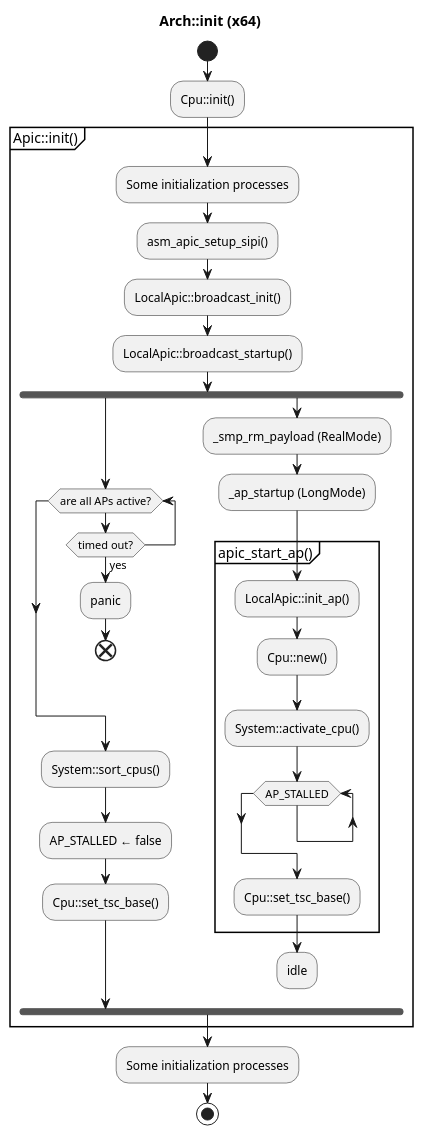
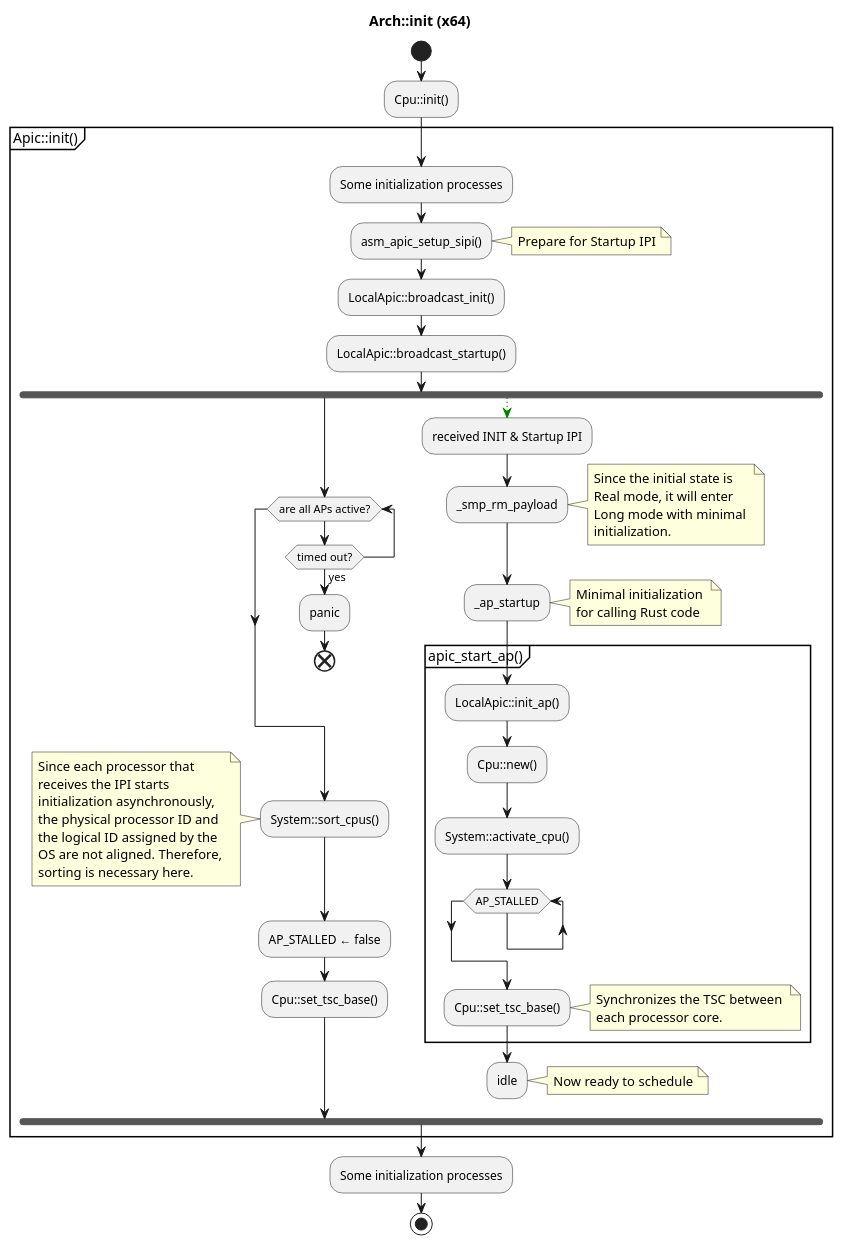
The third of 3 diagrams in ARCHITECTURE.md (neri/maystorm), drawn with PlantUML before and after one commit. The commit also changed other lines of this file, not shown here.

Commit message:
Update documents

````diff
--- a/ARCHITECTURE.md
+++ b/ARCHITECTURE.md
@@ -72,39 +79,70 @@
 ``` plantuml
 @startuml
 title Arch::init (x64)
 start
 :Cpu::init();
 partition Apic::init() {
     :Some initialization processes;
     :asm_apic_setup_sipi();
+    note right
+        Prepare for Startup IPI
+    end note
     :LocalApic::broadcast_init();
     :LocalApic::broadcast_startup();
     fork
         while (are all APs active?)
             if (timed out?) then (yes)
                 :panic;
                 end
             endif
         endwhile
         :System::sort_cpus();
+        note left
+Since each processor that 
+receives the IPI starts 
+initialization asynchronously, 
+the physical processor ID and 
+the logical ID assigned by the 
+OS are not aligned. Therefore, 
+sorting is necessary here.
+        end note
         :AP_STALLED ← false;
         :Cpu::set_tsc_base();
     fork again
-        :_smp_rm_payload (RealMode);
-        :_ap_startup (LongMode);
+        -[#green,dotted]->
+        :received INIT & Startup IPI;
+        :_smp_rm_payload;
+        note right
+Since the initial state is 
+Real mode, it will enter 
+Long mode with minimal 
+initialization.
+        end note
+        :_ap_startup;
+        note right
+Minimal initialization 
+for calling Rust code
+        end note
         partition apic_start_ap() {
             :LocalApic::init_ap();
             :Cpu::new();
             :System::activate_cpu();
             while (AP_STALLED)
             endwhile
             :Cpu::set_tsc_base();
+            note right
+Synchronizes the TSC between 
+each processor core.
+            end note
         }
         :idle;
+        note right
+Now ready to schedule
+        end note
         detach
     end fork
 }
 :Some initialization processes;
 stop
 @enduml
 ```
````
